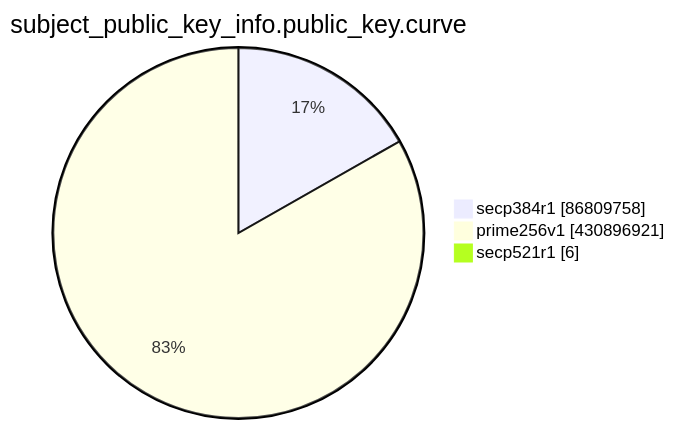
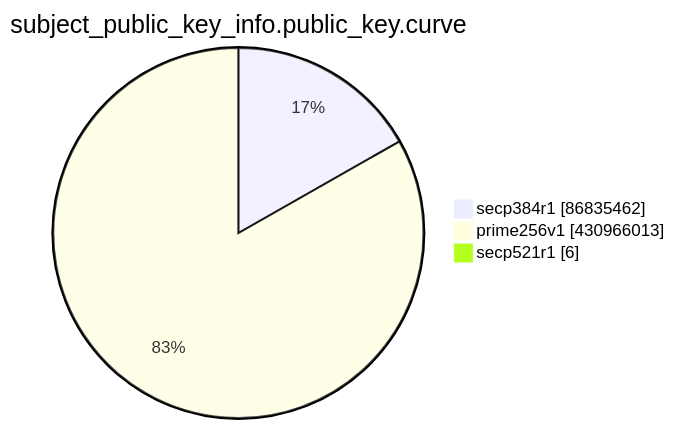
The eighth of 15 diagrams in TOTAL/README.md (christiankrug/ctmonitor_visualization), drawn with Mermaid before and after one commit. The commit also changed other lines of this file, not shown here.

````diff
--- a/TOTAL/README.md
+++ b/TOTAL/README.md
@@ -3100,7 +3100,7 @@
 ```mermaid
 pie showData
 title subject_public_key_info.public_key.curve
-"secp384r1" :86809758
-"prime256v1" :430896921
+"secp384r1" :86835462
+"prime256v1" :430966013
 "secp521r1" :6
 ```
````
